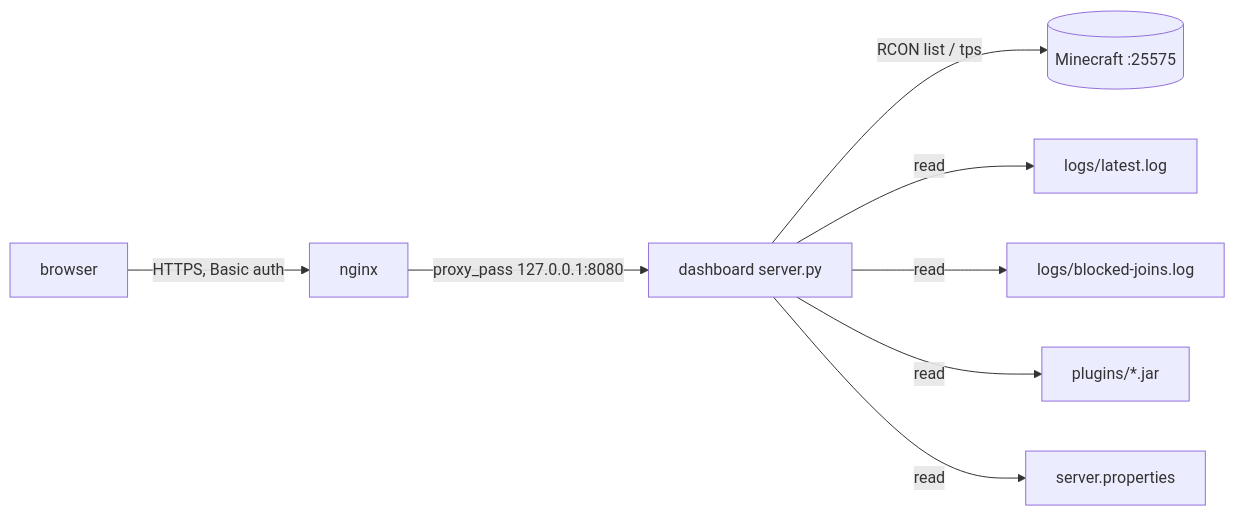
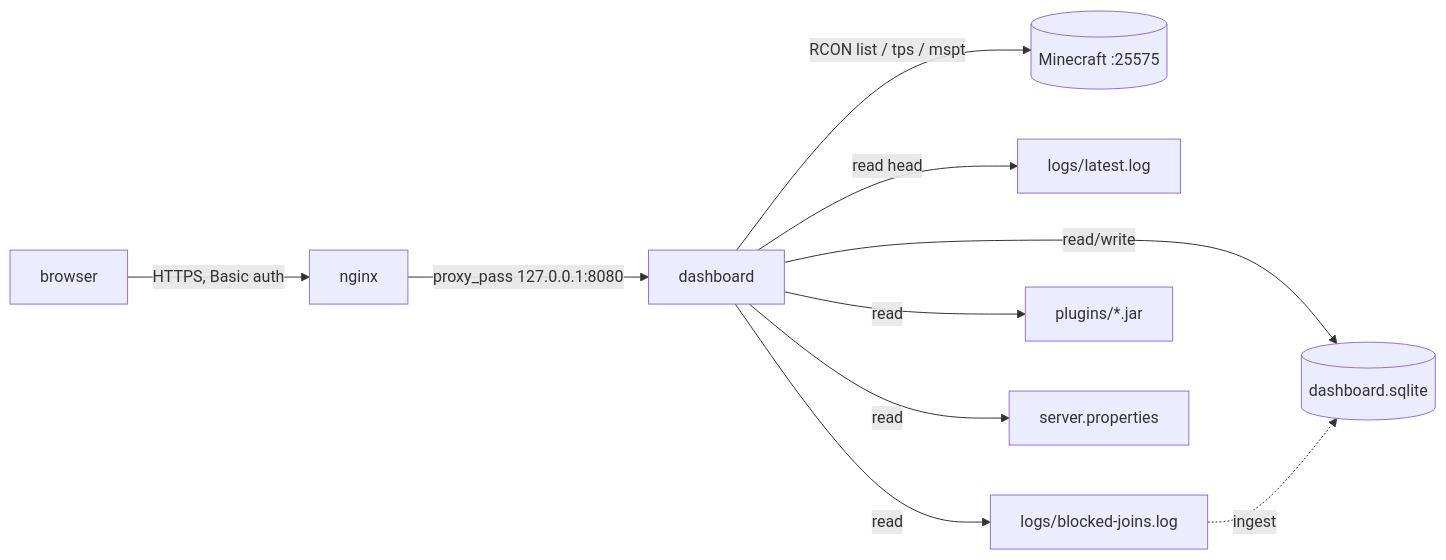
The diagram in dashboard/ARCHITECTURE.md (sdbruder/minecraft-server), drawn with Mermaid before and after one commit. The commit also changed other lines of this file, not shown here.

First line of the commit message:
Dashboard: add history/TSDB design

````diff
--- a/dashboard/ARCHITECTURE.md
+++ b/dashboard/ARCHITECTURE.md
@@ -51,10 +109,12 @@
 ```mermaid
 graph LR
   B[browser] -->|HTTPS, Basic auth| N[nginx]
-  N -->|proxy_pass 127.0.0.1:8080| D[dashboard server.py]
-  D -->|"RCON list / tps"| R[(Minecraft :25575)]
-  D -->|read| L[logs/latest.log]
+  N -->|proxy_pass 127.0.0.1:8080| D[dashboard]
+  D -->|"RCON list / tps / mspt"| R[(Minecraft :25575)]
+  D -->|read head| L[logs/latest.log]
   D -->|read| J[logs/blocked-joins.log]
   D -->|read| P[plugins/*.jar]
   D -->|read| S[server.properties]
+  D -->|read/write| Q[(dashboard.sqlite)]
+  J -.->|ingest| Q
 ```
````
